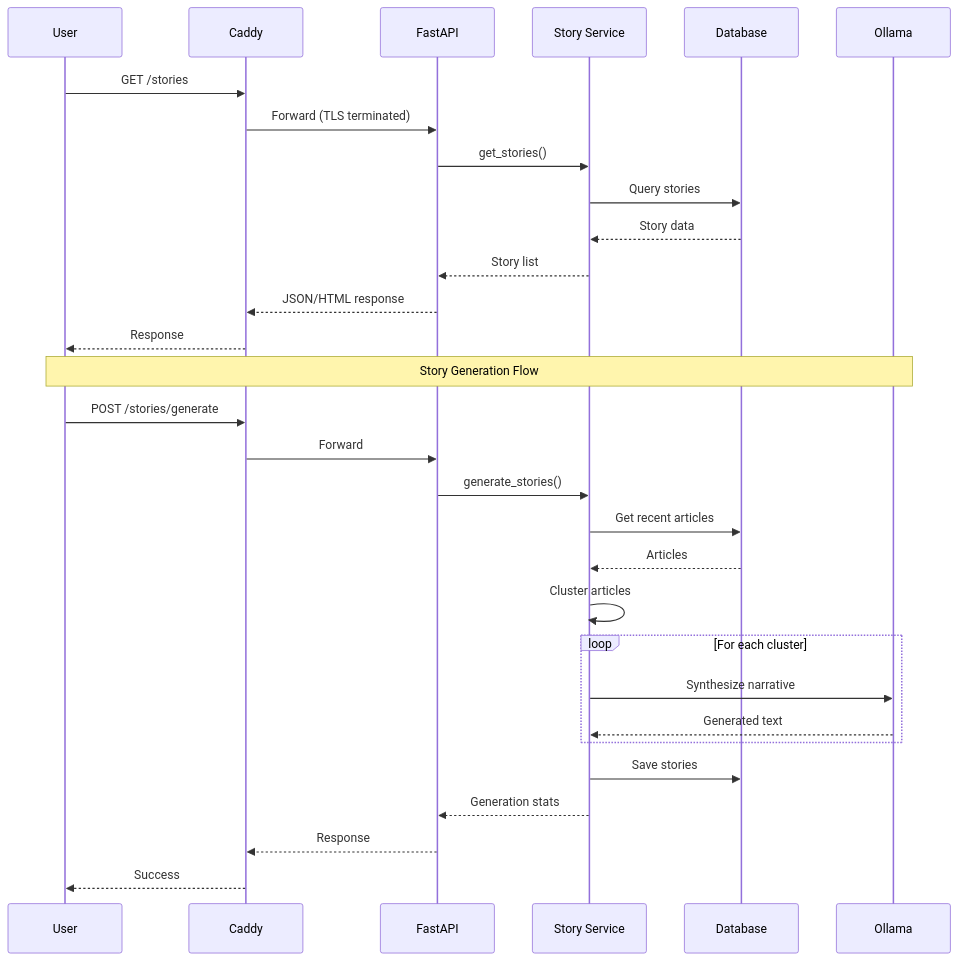
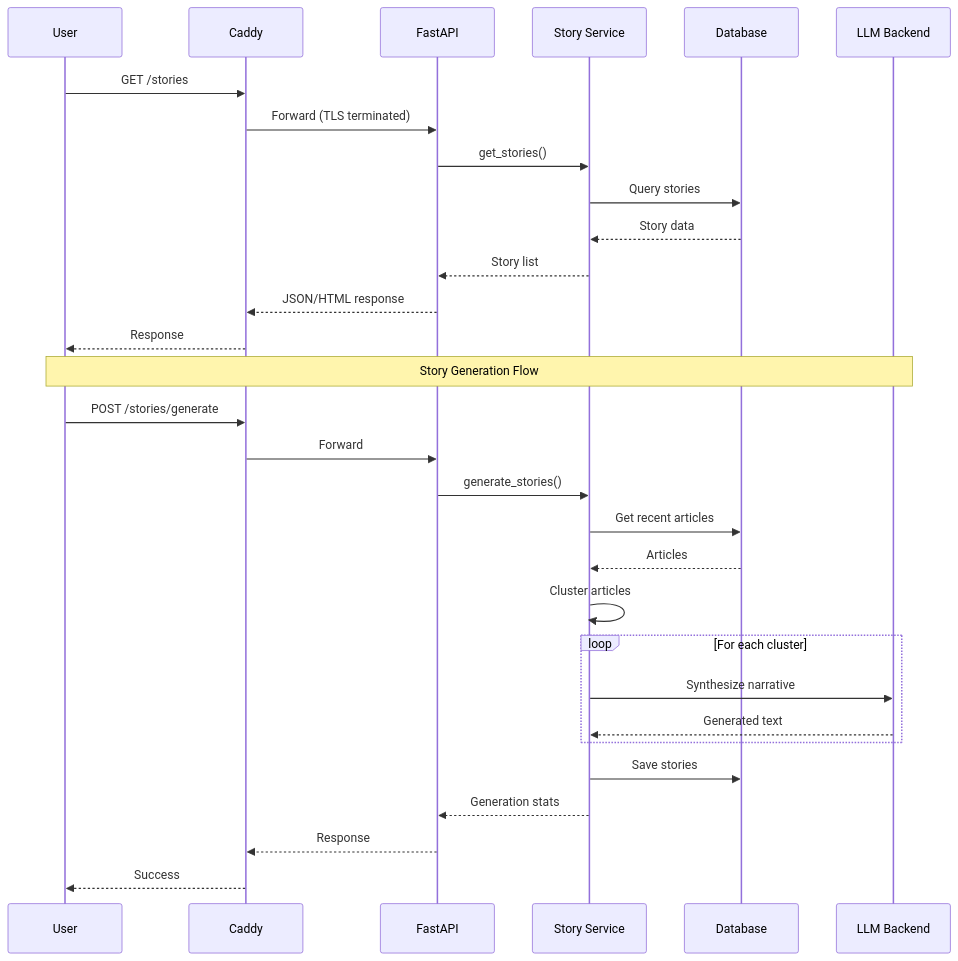
Before and after one commit to Deim0s13/newsbrief: the third of 11 diagrams in docs/ARCHITECTURE.md, drawn with Mermaid. The commit also changed other lines of this file and 2 other files, not shown here.

First line of the commit message:
docs: document device-aware LLM backend/model resolution for v0.8.7 (#322)

````diff
--- a/docs/ARCHITECTURE.md
+++ b/docs/ARCHITECTURE.md
@@ -373,35 +373,35 @@
 ```mermaid
 sequenceDiagram
     participant U as User
     participant C as Caddy
     participant F as FastAPI
     participant S as Story Service
     participant D as Database
-    participant O as Ollama
+    participant O as LLM Backend
 
     U->>C: GET /stories
     C->>F: Forward (TLS terminated)
     F->>S: get_stories()
     S->>D: Query stories
     D-->>S: Story data
     S-->>F: Story list
     F-->>C: JSON/HTML response
     C-->>U: Response
 
     Note over U,O: Story Generation Flow
 
     U->>C: POST /stories/generate
     C->>F: Forward
     F->>S: generate_stories()
     S->>D: Get recent articles
     D-->>S: Articles
     S->>S: Cluster articles
     loop For each cluster
         S->>O: Synthesize narrative
         O-->>S: Generated text
     end
     S->>D: Save stories
     S-->>F: Generation stats
     F-->>C: Response
     C-->>U: Success
 ```
````
